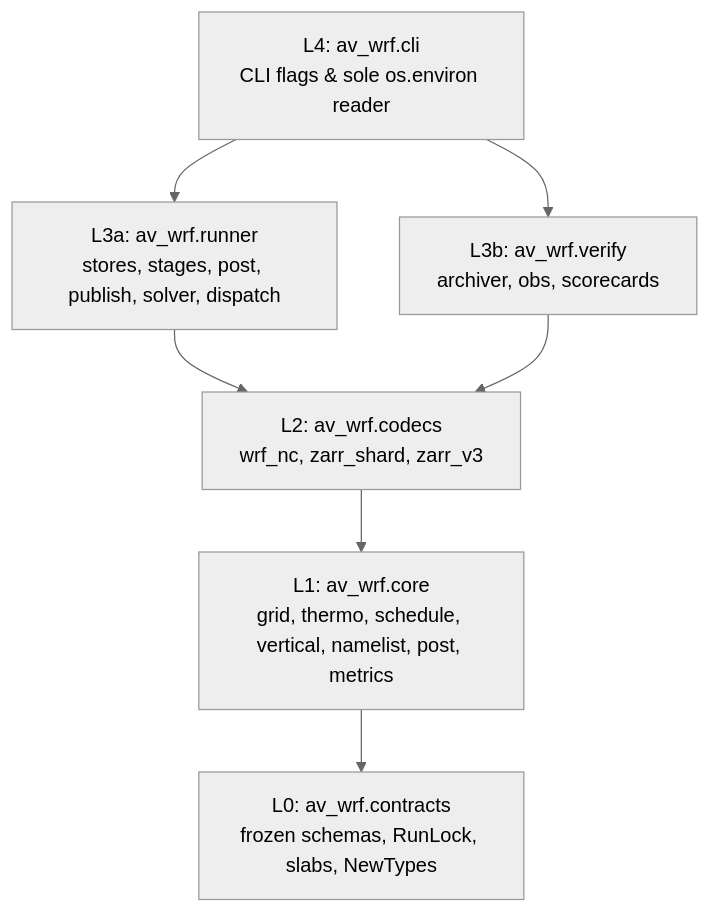
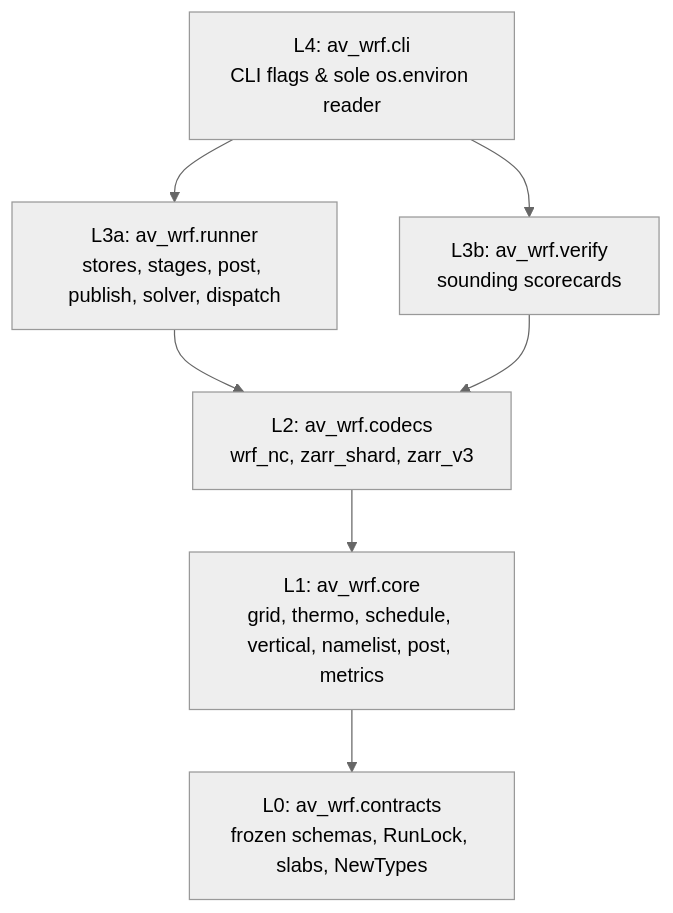
The second of 2 diagrams in docs/architecture.md (jdorrance/av-wrf), drawn with Mermaid (neutral theme) before and after one commit. The commit also changed other lines of this file and 60 other files, not shown here.

````diff
--- a/docs/architecture.md
+++ b/docs/architecture.md
@@ -29,9 +29,9 @@
 ```mermaid
 flowchart TB
   cli["L4: av_wrf.cli<br/>CLI flags & sole os.environ reader"] --> runner["L3a: av_wrf.runner<br/>stores, stages, post, publish, solver, dispatch"]
-  cli --> verify["L3b: av_wrf.verify<br/>archiver, obs, scorecards"]
+  cli --> verify["L3b: av_wrf.verify<br/>sounding scorecards"]
   runner --> codecs["L2: av_wrf.codecs<br/>wrf_nc, zarr_shard, zarr_v3"]
   verify --> codecs
   codecs --> core["L1: av_wrf.core<br/>grid, thermo, schedule, vertical, namelist, post, metrics"]
   core --> contracts["L0: av_wrf.contracts<br/>frozen schemas, RunLock, slabs, NewTypes"]
 ```
````
